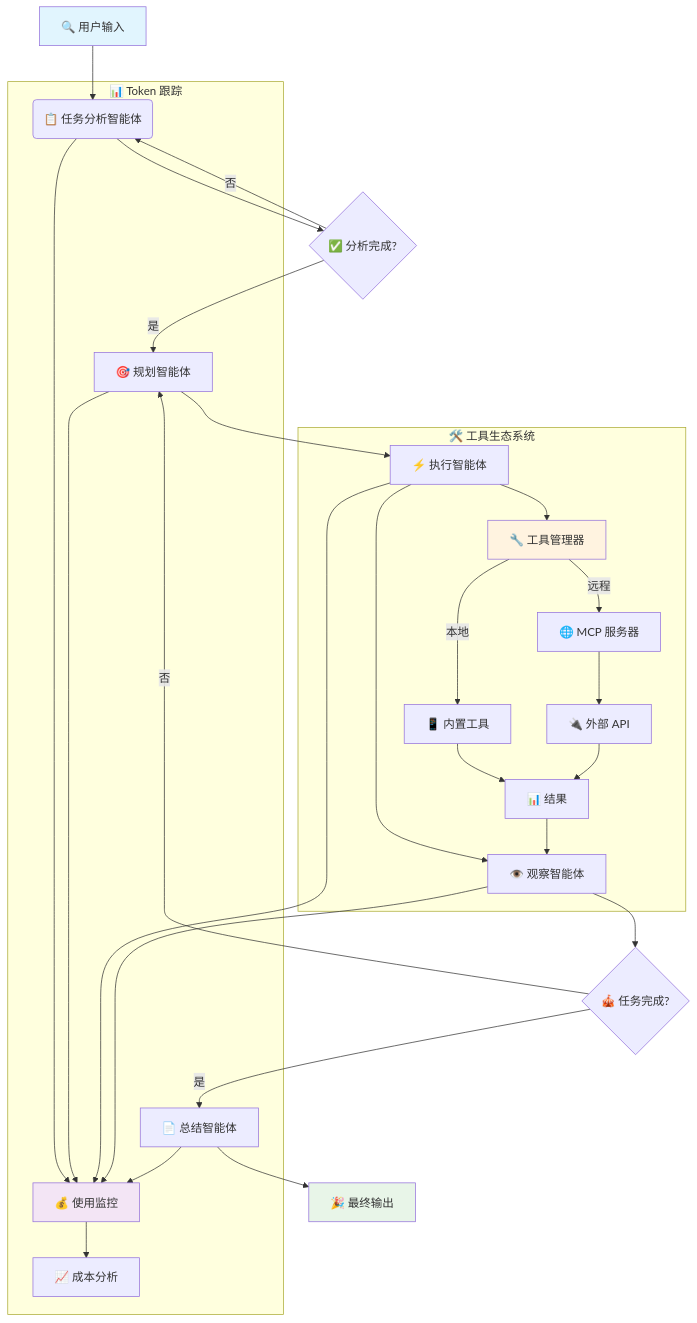
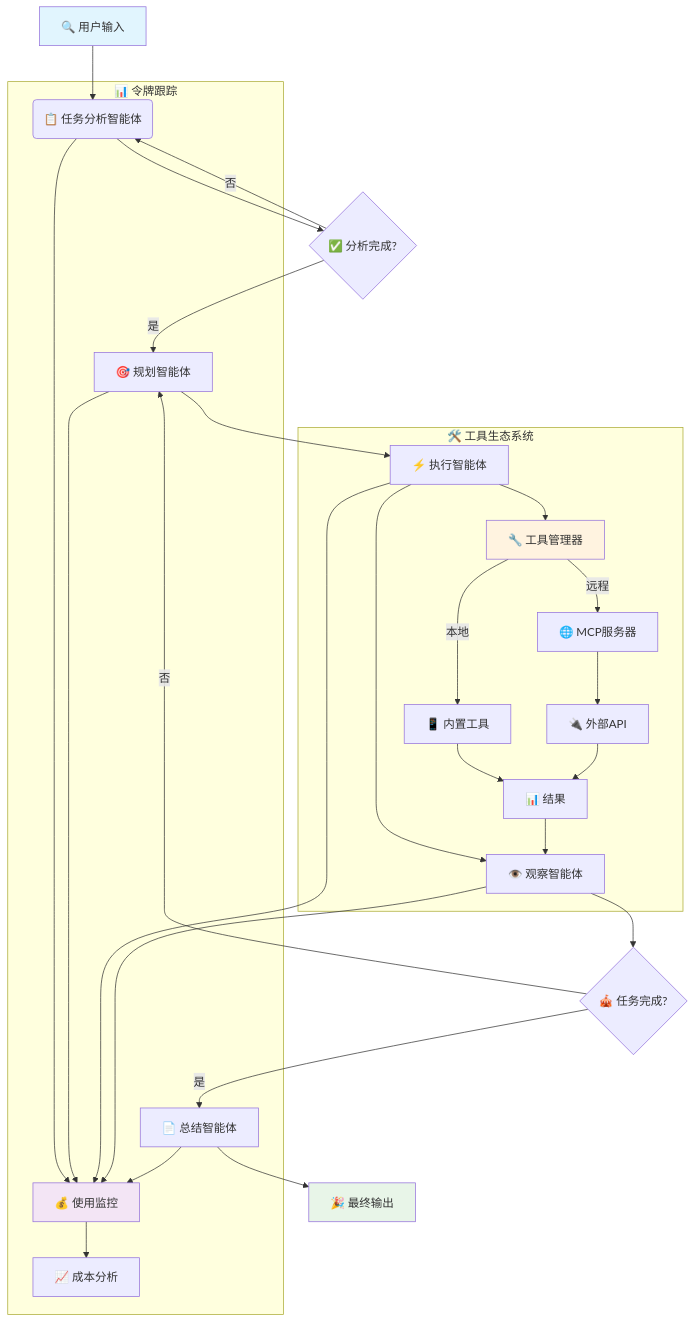
The diagram in README_CN.md (baller/SuperTravelAgent), drawn with Mermaid before and after one commit. The commit also changed other lines of this file and 5 other files, not shown here.

````diff
--- a/README_CN.md
+++ b/README_CN.md
@@ -50,37 +50,37 @@
 ```mermaid
 graph TD
     A[🔍 用户输入] --> B(📋 任务分析智能体)
     B --> C{✅ 分析完成?}
     C -->|是| D[🎯 规划智能体]
     C -->|否| B
     D --> E[⚡ 执行智能体]
     E --> F[👁️ 观察智能体]
     F --> G{🎪 任务完成?}
     G -->|是| H[📄 总结智能体]
     G -->|否| D
     H --> I[🎉 最终输出]
     
     subgraph "🛠️ 工具生态系统"
         E --> J[🔧 工具管理器]
         J -->|本地| K[📱 内置工具]
-        J -->|远程| L[🌐 MCP 服务器]
-        L --> M[🔌 外部 API]
+        J -->|远程| L[🌐 MCP服务器]
+        L --> M[🔌 外部API]
         K --> N[📊 结果]
         M --> N
         N --> F
     end
     
-    subgraph "📊 Token 跟踪"
+    subgraph "📊 令牌跟踪"
         B --> P[💰 使用监控]
         D --> P
         E --> P
         F --> P
         H --> P
         P --> Q[📈 成本分析]
     end
     
     style A fill:#e1f5fe
     style I fill:#e8f5e8
     style J fill:#fff3e0
     style P fill:#f3e5f5
 ```
````
